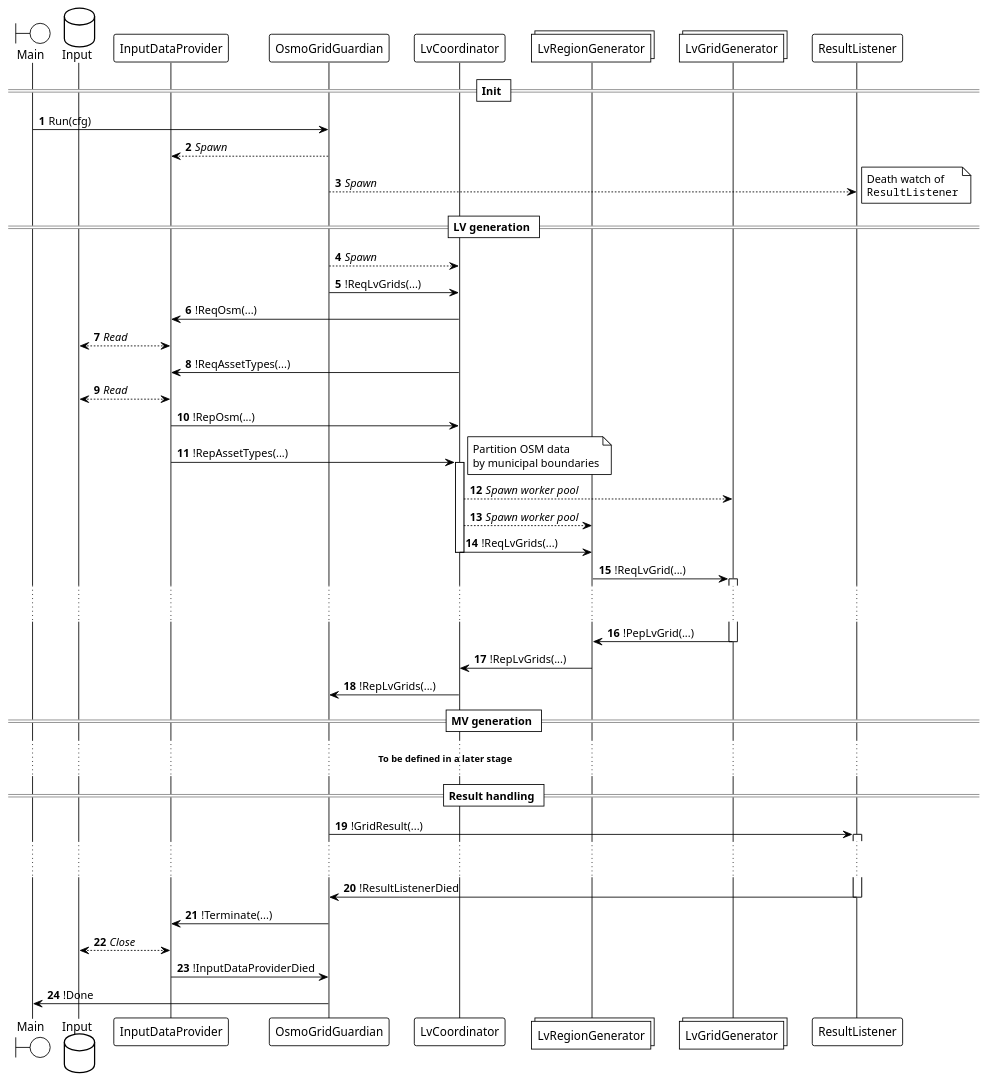
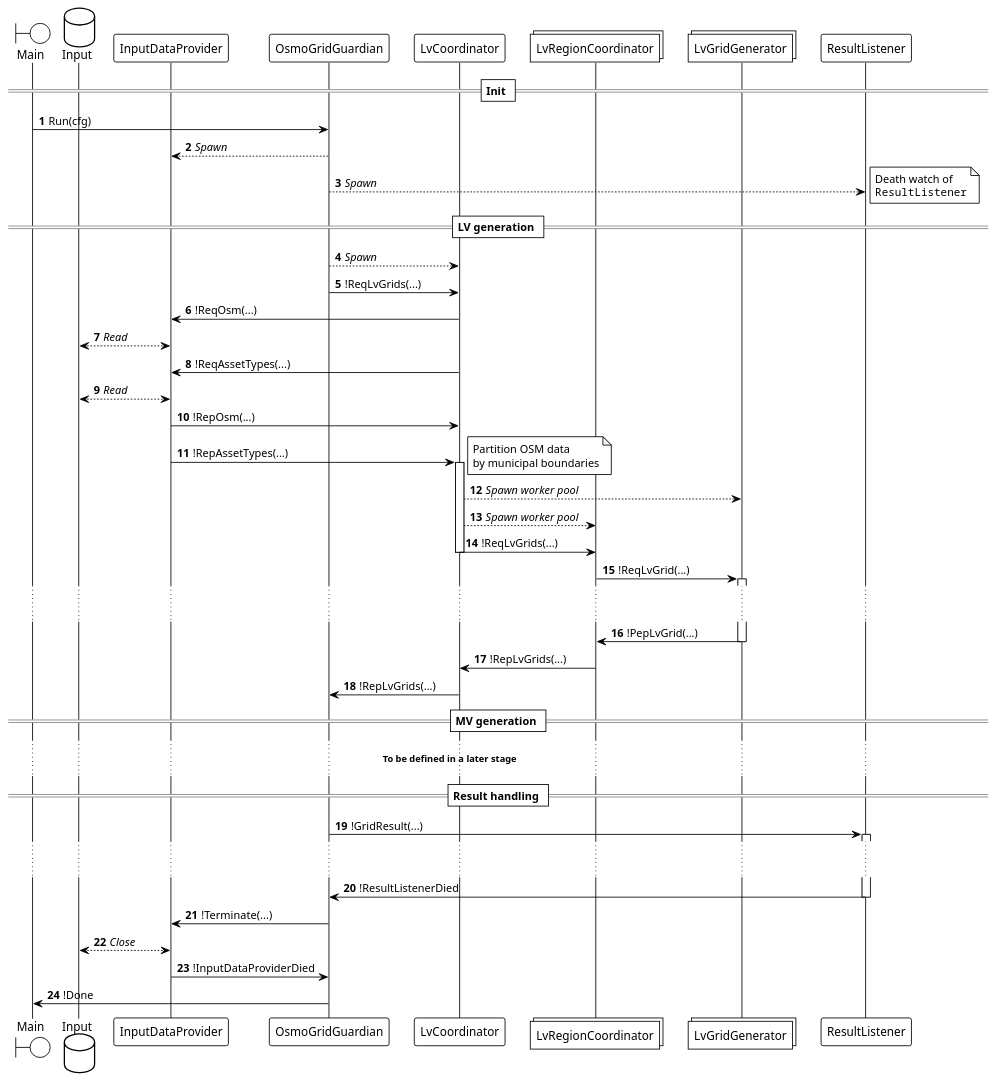
The diagram in docs/puml/protocol/protocol.puml (ie3-institute/OSMoGrid), drawn with PlantUML before and after one commit. The commit also changed 7 other files, not shown here.

Commit message:
Add and pawn pool of RegionCoordinators

```diff
--- a/docs/puml/protocol/protocol.puml
+++ b/docs/puml/protocol/protocol.puml
@@ -1,65 +1,65 @@
 @startuml
 'https://plantuml.com/sequence-diagram
 
 !theme plain
 autonumber
 
 boundary Main
 database Input
 participant InputDataProvider
 participant OsmoGridGuardian
 participant LvCoordinator
-collections LvRegionGenerator
+collections LvRegionCoordinator
 collections LvGridGenerator
 participant ResultListener
 
 == Init ==
 Main -> OsmoGridGuardian: Run(cfg)
 OsmoGridGuardian --> InputDataProvider: //Spawn//
 
 OsmoGridGuardian --> ResultListener: //Spawn//
 note right: Death watch of\n""ResultListener""
 
 == LV generation ==
 OsmoGridGuardian --> LvCoordinator: //Spawn//
 OsmoGridGuardian -> LvCoordinator: !ReqLvGrids(...)
 LvCoordinator -> InputDataProvider: !ReqOsm(...)
 InputDataProvider <--> Input: //Read//
 LvCoordinator -> InputDataProvider: !ReqAssetTypes(...)
 InputDataProvider <--> Input: //Read//
 InputDataProvider -> LvCoordinator: !RepOsm(...)
 InputDataProvider -> LvCoordinator: !RepAssetTypes(...)
 activate LvCoordinator
 note right: Partition OSM data\nby municipal boundaries
 LvCoordinator --> LvGridGenerator: //Spawn worker pool//
-LvCoordinator --> LvRegionGenerator: //Spawn worker pool//
+LvCoordinator --> LvRegionCoordinator: //Spawn worker pool//
 
-LvCoordinator -> LvRegionGenerator: !ReqLvGrids(...)
+LvCoordinator -> LvRegionCoordinator: !ReqLvGrids(...)
 deactivate LvCoordinator
-LvRegionGenerator -> LvGridGenerator: !ReqLvGrid(...)
+LvRegionCoordinator -> LvGridGenerator: !ReqLvGrid(...)
 activate LvGridGenerator
 ... ...
-LvGridGenerator -> LvRegionGenerator: !PepLvGrid(...)
+LvGridGenerator -> LvRegionCoordinator: !PepLvGrid(...)
 deactivate LvGridGenerator
 
-LvRegionGenerator -> LvCoordinator: !RepLvGrids(...)
+LvRegionCoordinator -> LvCoordinator: !RepLvGrids(...)
 LvCoordinator -> OsmoGridGuardian: !RepLvGrids(...)
 
 == MV generation ==
 ... **To be defined in a later stage** ...
 
 == Result handling ==
 OsmoGridGuardian -> ResultListener: !GridResult(...)
 activate ResultListener
 ... ...
 ResultListener -> OsmoGridGuardian: !ResultListenerDied
 deactivate ResultListener
 OsmoGridGuardian -> InputDataProvider: !Terminate(...)
 InputDataProvider <--> Input: //Close//
 InputDataProvider -> OsmoGridGuardian: !InputDataProviderDied
 
 OsmoGridGuardian -> Main: !Done
 
 'TODO: Don't forget to spawn and initialize the ResultListener
 
 @enduml
```
